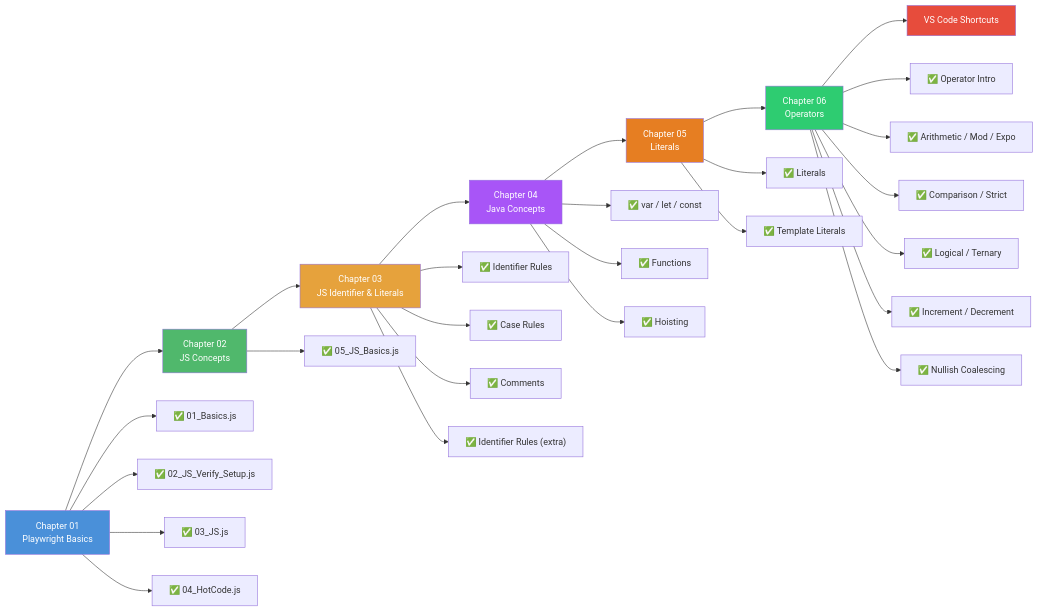
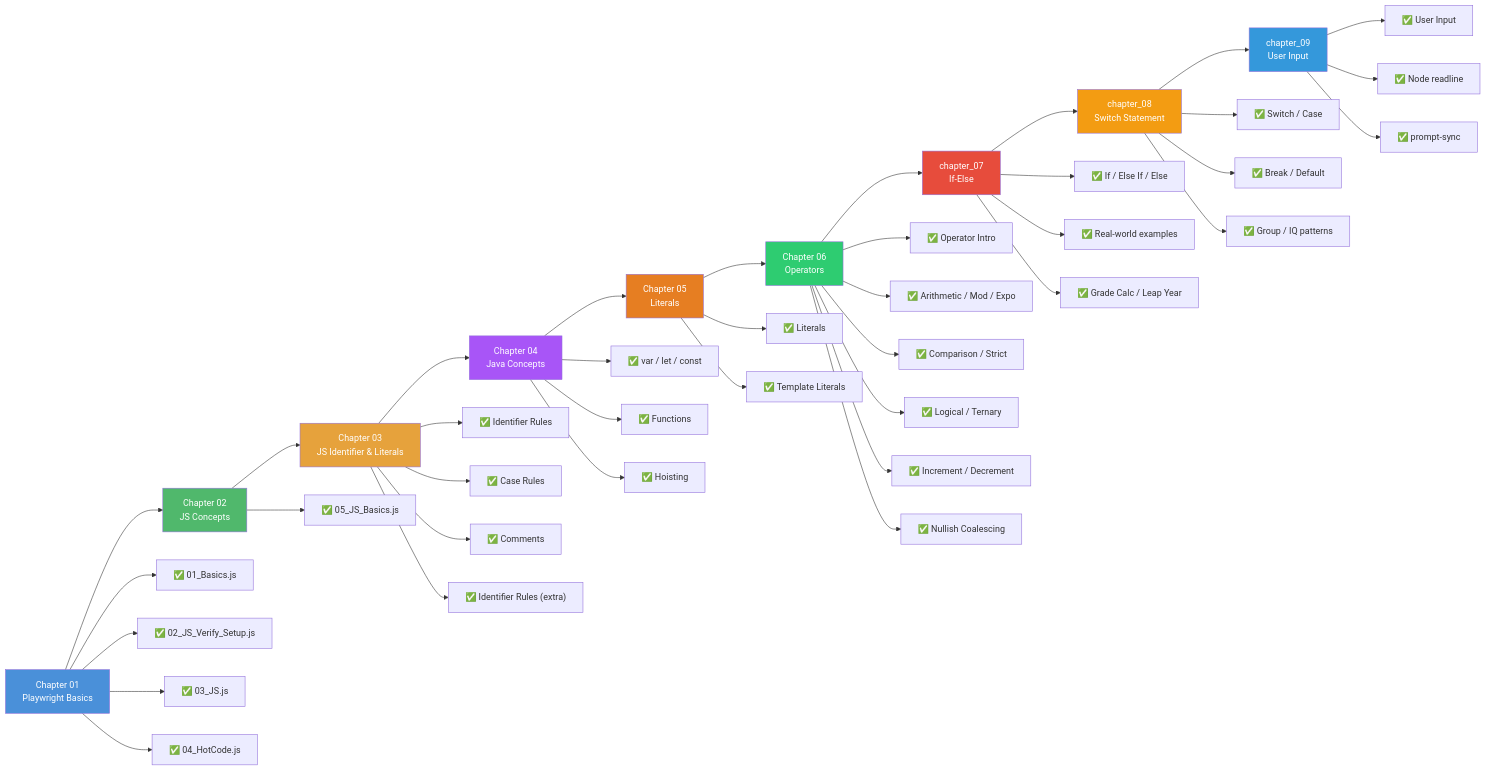
The first of 10 diagrams in README.md (Hemalatha-R17/Playwright), drawn with Mermaid before and after one commit. The commit also changed other lines of this file and 40 other files, not shown here.

Commit message:
Add chapters 07-09 and update README with If-Else, Switch, User Input content

````diff
--- a/README.md
+++ b/README.md
@@ -19,43 +19,59 @@
 ```mermaid
 flowchart LR
     A[Chapter 01<br/>Playwright Basics] --> B[Chapter 02<br/>JS Concepts]
     B --> C[Chapter 03<br/>JS Identifier & Literals]
     C --> D[Chapter 04<br/>Java Concepts]
     D --> E[Chapter 05<br/>Literals]
     E --> F[Chapter 06<br/>Operators]
-    F --> G[VS Code Shortcuts]
+    F --> G[chapter_07<br/>If-Else]
+    G --> H[chapter_08<br/>Switch Statement]
+    H --> I[chapter_09<br/>User Input]
 
     A --> A1["✅ 01_Basics.js"]
     A --> A2["✅ 02_JS_Verify_Setup.js"]
     A --> A3["✅ 03_JS.js"]
     A --> A4["✅ 04_HotCode.js"]
 
     B --> B1["✅ 05_JS_Basics.js"]
 
     C --> C1["✅ Identifier Rules"]
     C --> C2["✅ Case Rules"]
     C --> C3["✅ Comments"]
     C --> C4["✅ Identifier Rules (extra)"]
 
     D --> D1["✅ var / let / const"]
     D --> D2["✅ Functions"]
     D --> D3["✅ Hoisting"]
 
     E --> E1["✅ Literals"]
     E --> E2["✅ Template Literals"]
 
     F --> F1["✅ Operator Intro"]
     F --> F2["✅ Arithmetic / Mod / Expo"]
     F --> F3["✅ Comparison / Strict"]
     F --> F4["✅ Logical / Ternary"]
     F --> F5["✅ Increment / Decrement"]
     F --> F6["✅ Nullish Coalescing"]
 
+    G --> G1["✅ If / Else If / Else"]
+    G --> G2["✅ Real-world examples"]
+    G --> G3["✅ Grade Calc / Leap Year"]
+
+    H --> H1["✅ Switch / Case"]
+    H --> H2["✅ Break / Default"]
+    H --> H3["✅ Group / IQ patterns"]
+
+    I --> I1["✅ User Input"]
+    I --> I2["✅ Node readline"]
+    I --> I3["✅ prompt-sync"]
+
     style A fill:#4a90d9,color:#fff
     style B fill:#50b86c,color:#fff
     style C fill:#e6a23c,color:#fff
     style D fill:#a855f7,color:#fff
     style E fill:#e67e22,color:#fff
     style F fill:#2ecc71,color:#fff
     style G fill:#e74c3c,color:#fff
+    style H fill:#f39c12,color:#fff
+    style I fill:#3498db,color:#fff
 ```
````
